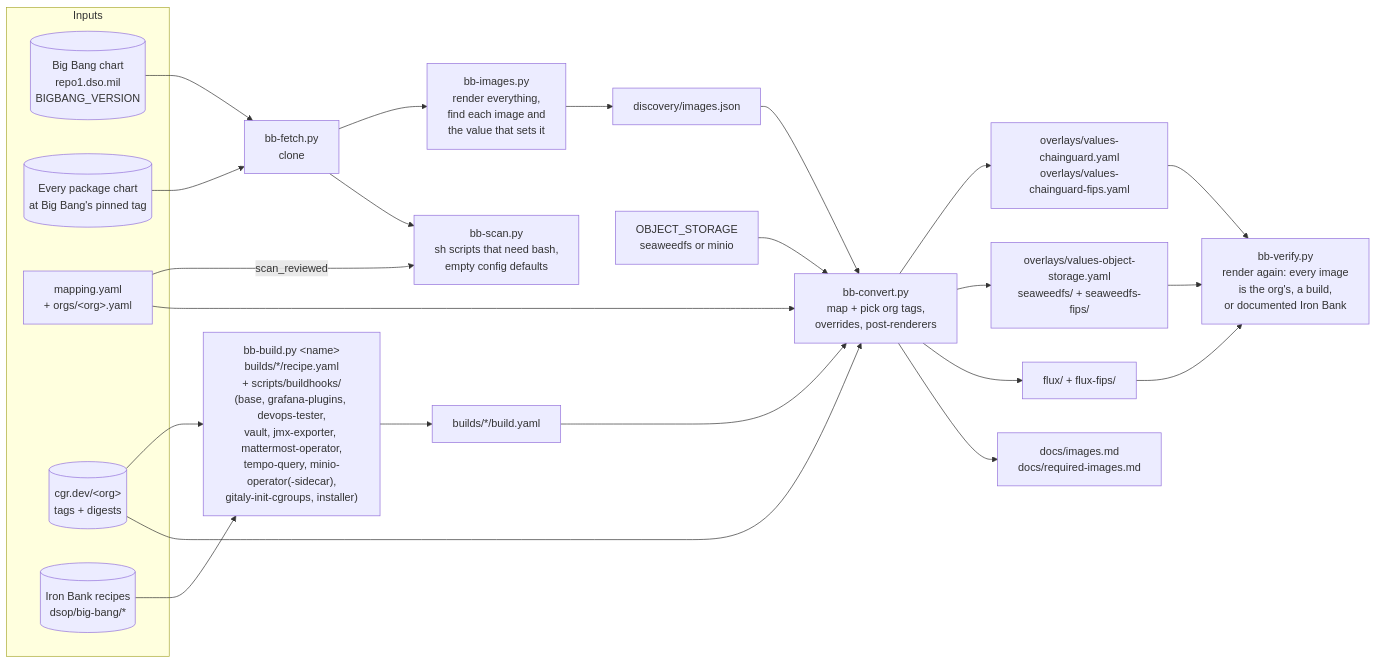
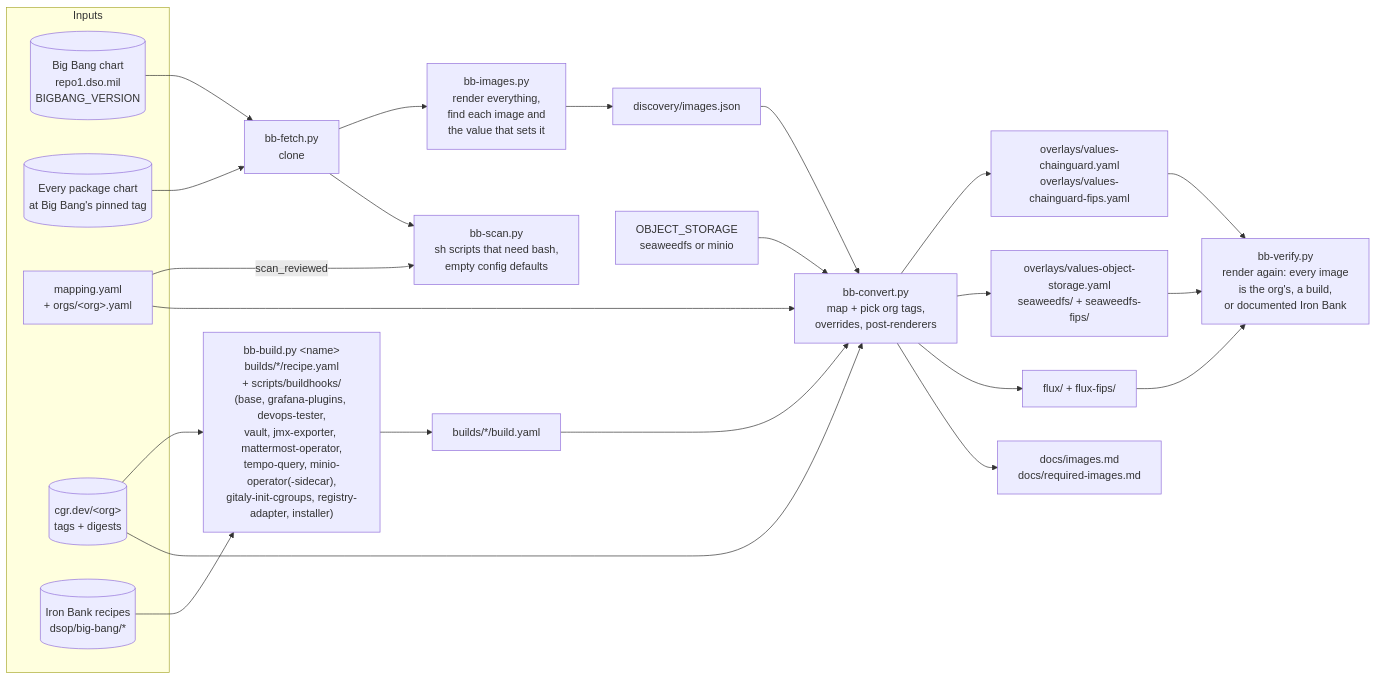
The first of 9 diagrams in docs/architecture.md (Zapata-Technology/bigbang-chainguard), drawn with Mermaid before and after one commit. The commit also changed other lines of this file and 29 other files, not shown here.

First line of the commit message:
Build NeuVector's registry-adapter from upstream source FROM the org's images (#118)

````diff
--- a/docs/architecture.md
+++ b/docs/architecture.md
@@ -10,36 +10,36 @@
 ```mermaid
 flowchart LR
     subgraph inputs[Inputs]
         BB[(Big Bang chart<br/>repo1.dso.mil<br/>BIGBANG_VERSION)]
         PK[(Every package chart<br/>at Big Bang's pinned tag)]
         MAP[mapping.yaml<br/>+ orgs/&lt;org&gt;.yaml]
         ORG[(cgr.dev/&lt;org&gt;<br/>tags + digests)]
         IB[(Iron Bank recipes<br/>dsop/big-bang/*)]
     end
 
     BB --> F[bb-fetch.py<br/>clone]
     PK --> F
     F --> D[bb-images.py<br/>render everything,<br/>find each image and<br/>the value that sets it]
     D --> DJ[discovery/images.json]
 
-    IB --> BLD["bb-build.py &lt;name&gt;<br/>builds/*/recipe.yaml<br/>+ scripts/buildhooks/<br/>(base, grafana-plugins, devops-tester,<br/>vault, jmx-exporter, mattermost-operator,<br/>tempo-query, minio-operator(-sidecar),<br/>gitaly-init-cgroups, installer)"]
+    IB --> BLD["bb-build.py &lt;name&gt;<br/>builds/*/recipe.yaml<br/>+ scripts/buildhooks/<br/>(base, grafana-plugins, devops-tester,<br/>vault, jmx-exporter, mattermost-operator,<br/>tempo-query, minio-operator(-sidecar),<br/>gitaly-init-cgroups, registry-adapter, installer)"]
     ORG --> BLD
     BLD --> BY[builds/*/build.yaml]
 
     F --> SC[bb-scan.py<br/>sh scripts that need bash,<br/>empty config defaults]
     MAP -- scan_reviewed --> SC
 
     DJ --> C[bb-convert.py<br/>map + pick org tags,<br/>overrides, post-renderers]
     MAP --> C
     ORG --> C
     BY --> C
     OS[OBJECT_STORAGE<br/>seaweedfs or minio] --> C
     C --> OV[overlays/values-chainguard.yaml<br/>overlays/values-chainguard-fips.yaml]
     C --> OSO[overlays/values-object-storage.yaml<br/>seaweedfs/ + seaweedfs-fips/]
     C --> FX[flux/ + flux-fips/]
     C --> DOC[docs/images.md<br/>docs/required-images.md]
 
     OV --> V[bb-verify.py<br/>render again: every image<br/>is the org's, a build,<br/>or documented Iron Bank]
     OSO --> V
     FX --> V
 ```
````
